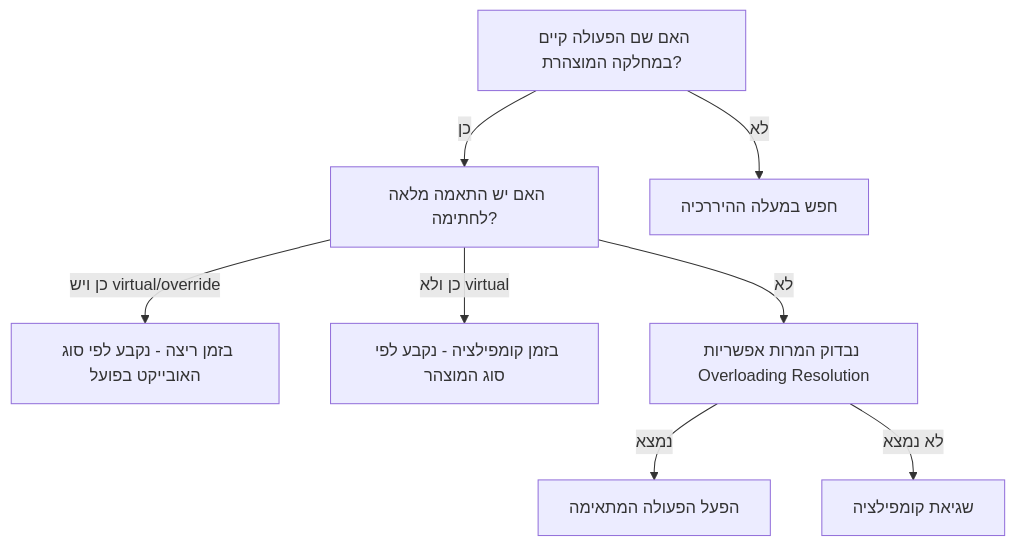
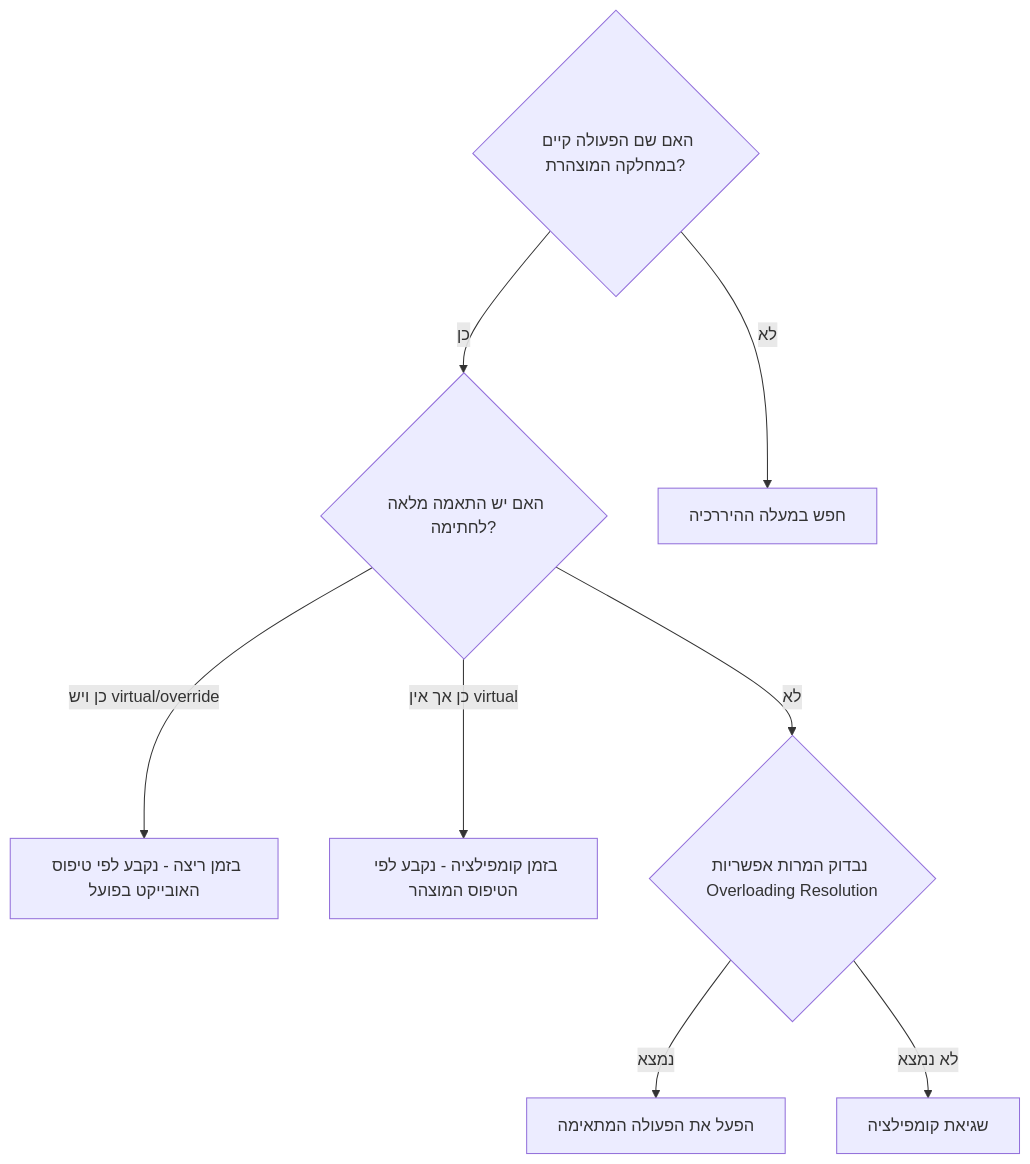
One commit to 3strategy/BeautifulMivney changed the diagram in oop/Bagrut25PolyCaseStudy.md. Above: the diagram before and after it, drawn with Mermaid. The commit also changed other lines of this file and 1 other file, not shown here.

Commit message:
small mermaid update to the PolyCaseStudy. added missing title quotes

```diff
--- a/oop/Bagrut25PolyCaseStudy.md
+++ b/oop/Bagrut25PolyCaseStudy.md
@@ -235,10 +235,12 @@
 <div class="mermaid">
 graph TD
-    A[האם שם הפעולה קיים במחלקה המוצהרת?] -->|כן| B[האם יש התאמה מלאה לחתימה?]
+    A{האם שם הפעולה קיים במחלקה המוצהרת?} -->|כן| B{האם יש התאמה מלאה לחתימה?}
     A -->|לא| Z[חפש במעלה ההיררכיה]
-    B -->|כן ויש virtual/override| C[בזמן ריצה - נקבע לפי סוג האובייקט בפועל]
-    B -->|כן ולא virtual| D[בזמן קומפילציה - נקבע לפי סוג המוצהר]
-    B -->|לא| E[נבדוק המרות אפשריות Overloading Resolution]
-    E -->|נמצא| F[הפעל הפעולה המתאימה]
+    
+    B -->|כן ויש virtual/override| C[בזמן ריצה - נקבע לפי טיפוס האובייקט בפועל]
+    B -->|כן אך אין virtual| D[בזמן קומפילציה - נקבע לפי הטיפוס המוצהר]
+    B -->|לא| E{נבדוק המרות אפשריות Overloading Resolution}
+    
+    E -->|נמצא| F[הפעל את הפעולה המתאימה]
     E -->|לא נמצא| G[שגיאת קומפילציה]
 </div>
```
